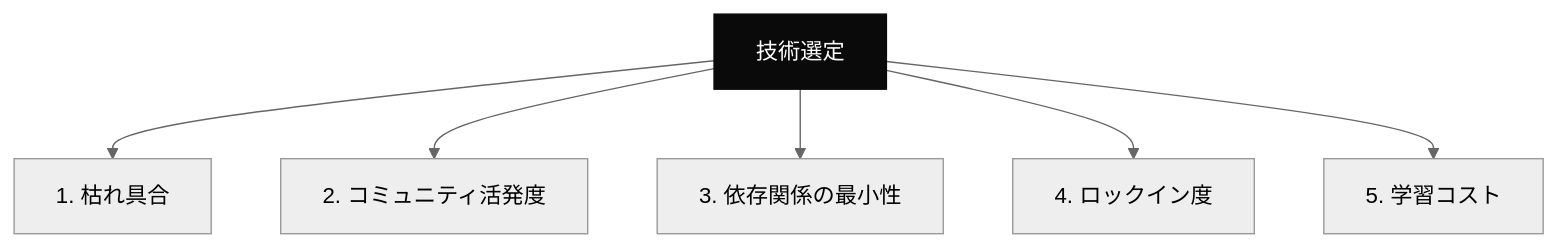
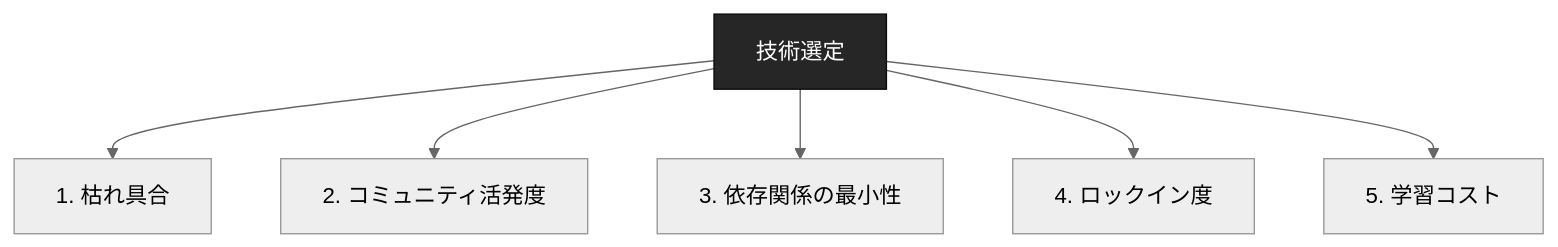
One commit to dinekt/dinekt-wiki changed the diagram in docs/concepts/技術選定の5軸評価フレームワーク.md. Above: the diagram before and after it, drawn with Mermaid (neutral theme). The commit also changed 71 other files, not shown here.

First line of the commit message:
fix: mermaid readability + remove GitHub repo toolbar

````diff
--- a/docs/concepts/技術選定の5軸評価フレームワーク.md
+++ b/docs/concepts/技術選定の5軸評価フレームワーク.md
@@ -23,10 +23,10 @@
 ```mermaid
 flowchart TD
     Q[技術選定] --> A1[1. 枯れ具合]
     Q --> A2[2. コミュニティ活発度]
     Q --> A3[3. 依存関係の最小性]
     Q --> A4[4. ロックイン度]
     Q --> A5[5. 学習コスト]
 
-    style Q fill:#0a0a0a,color:#fff,stroke:#0a0a0a
+    style Q fill:#262626,color:#fff,stroke:#0a0a0a
 ```
````
